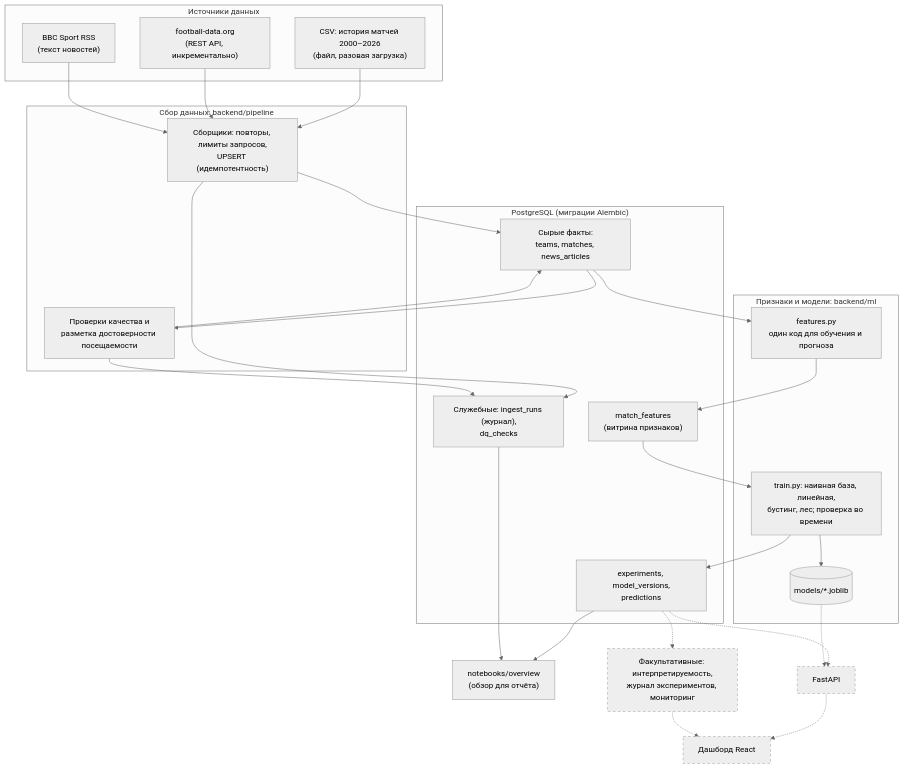
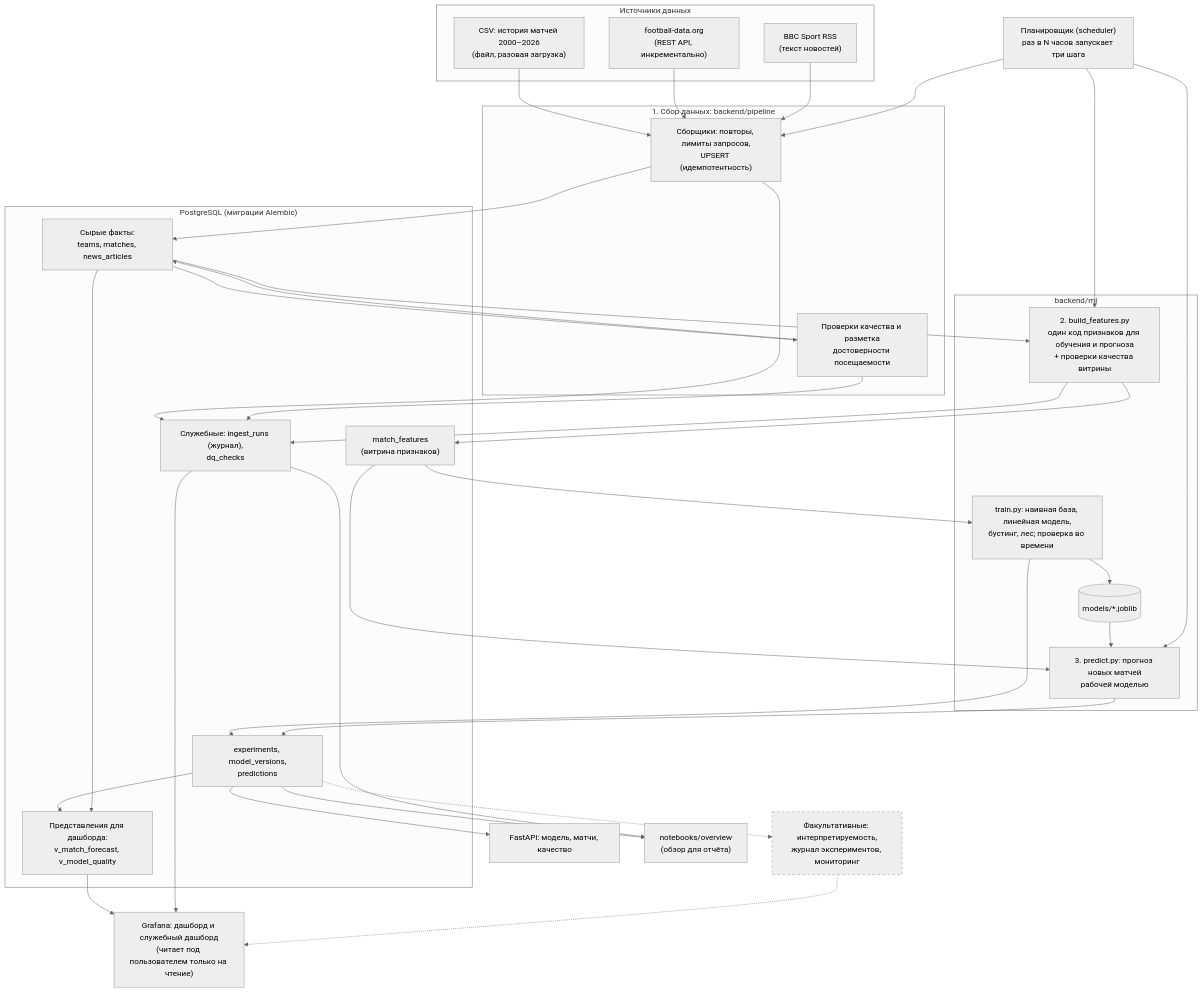
Before and after one commit to IIcon18/epl_forecast: the diagram in docs/architecture.md, drawn with Mermaid (neutral theme). The commit also changed other lines of this file and 5 other files, not shown here.

Commit message:
Добавить проверки качества витрины признаков и обновить схему архитектуры

````diff
--- a/docs/architecture.md
+++ b/docs/architecture.md
@@ -5,55 +5,68 @@
 ```mermaid
 flowchart TB
     subgraph SRC["Источники данных"]
         CSV["CSV: история матчей 2000–2026<br/>(файл, разовая загрузка)"]
         API["football-data.org<br/>(REST API, инкрементально)"]
         RSS["BBC Sport RSS<br/>(текст новостей)"]
     end
 
-    subgraph PIPE["Сбор данных: backend/pipeline"]
+    SCH["Планировщик (scheduler)<br/>раз в N часов запускает три шага"]
+
+    subgraph PIPE["1. Сбор данных: backend/pipeline"]
         COL["Сборщики: повторы, лимиты запросов,<br/>UPSERT (идемпотентность)"]
-        DQ["Проверки качества и<br/>разметка достоверности посещаемости"]
+        DQ["Проверки качества и разметка<br/>достоверности посещаемости"]
     end
 
     subgraph DB["PostgreSQL (миграции Alembic)"]
         RAW["Сырые факты:<br/>teams, matches, news_articles"]
         OPS["Служебные: ingest_runs (журнал),<br/>dq_checks"]
         FEAT["match_features<br/>(витрина признаков)"]
         REG["experiments, model_versions,<br/>predictions"]
+        VIEWS["Представления для дашборда:<br/>v_match_forecast, v_model_quality"]
     end
 
-    subgraph ML["Признаки и модели: backend/ml"]
-        FB["features.py<br/>один код для обучения и прогноза"]
-        TR["train.py: наивная база, линейная,<br/>бустинг, лес; проверка во времени"]
+    subgraph ML["backend/ml"]
+        FB["2. build_features.py<br/>один код признаков для обучения и прогноза<br/>+ проверки качества витрины"]
+        PR["3. predict.py: прогноз новых матчей<br/>рабочей моделью"]
+        TR["train.py: наивная база, линейная модель,<br/>бустинг, лес; проверка во времени"]
         ART[("models/*.joblib")]
     end
 
+    GF["Grafana: дашборд и служебный дашборд<br/>(читает под пользователем только на чтение)"]
+    BACK["FastAPI: модель, матчи, качество"]
     NB["notebooks/overview<br/>(обзор для отчёта)"]
-    BACK["FastAPI"]
-    DASH["Дашборд React"]
     OPT["Факультативные: интерпретируемость,<br/>журнал экспериментов, мониторинг"]
 
     CSV --> COL
     API --> COL
     RSS --> COL
     COL --> RAW
     COL --> OPS
     RAW --> DQ
     DQ --> OPS
     DQ --> RAW
     RAW --> FB
     FB --> FEAT
+    FB --> OPS
     FEAT --> TR
     TR --> REG
     TR --> ART
+    ART --> PR
+    FEAT --> PR
+    PR --> REG
+    REG --> VIEWS
+    RAW --> VIEWS
+    VIEWS --> GF
+    OPS --> GF
+    REG --> BACK
     REG --> NB
     OPS --> NB
-    REG -.-> BACK
-    ART -.-> BACK
-    BACK -.-> DASH
+    SCH --> COL
+    SCH --> FB
+    SCH --> PR
     REG -.-> OPT
-    OPT -.-> DASH
+    OPT -.-> GF
 
     classDef planned stroke-dasharray: 5 5
-    class BACK,DASH,OPT planned
+    class OPT planned
 ```
````
